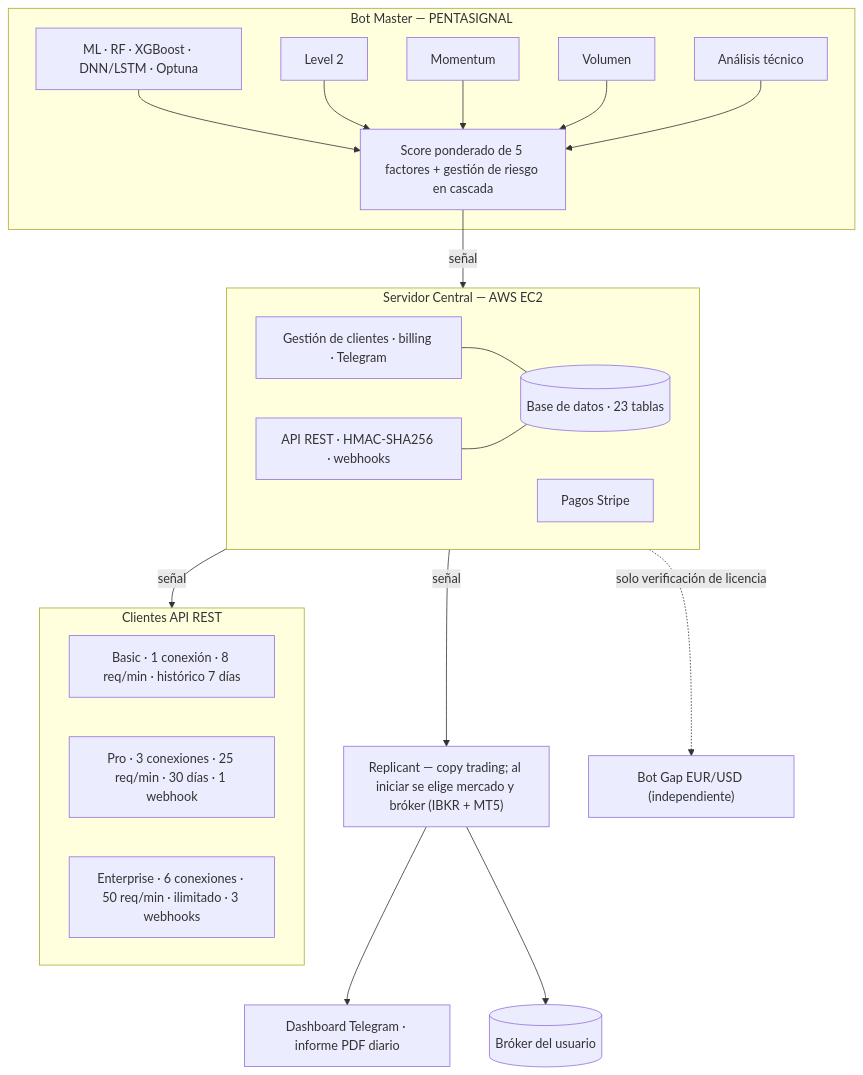
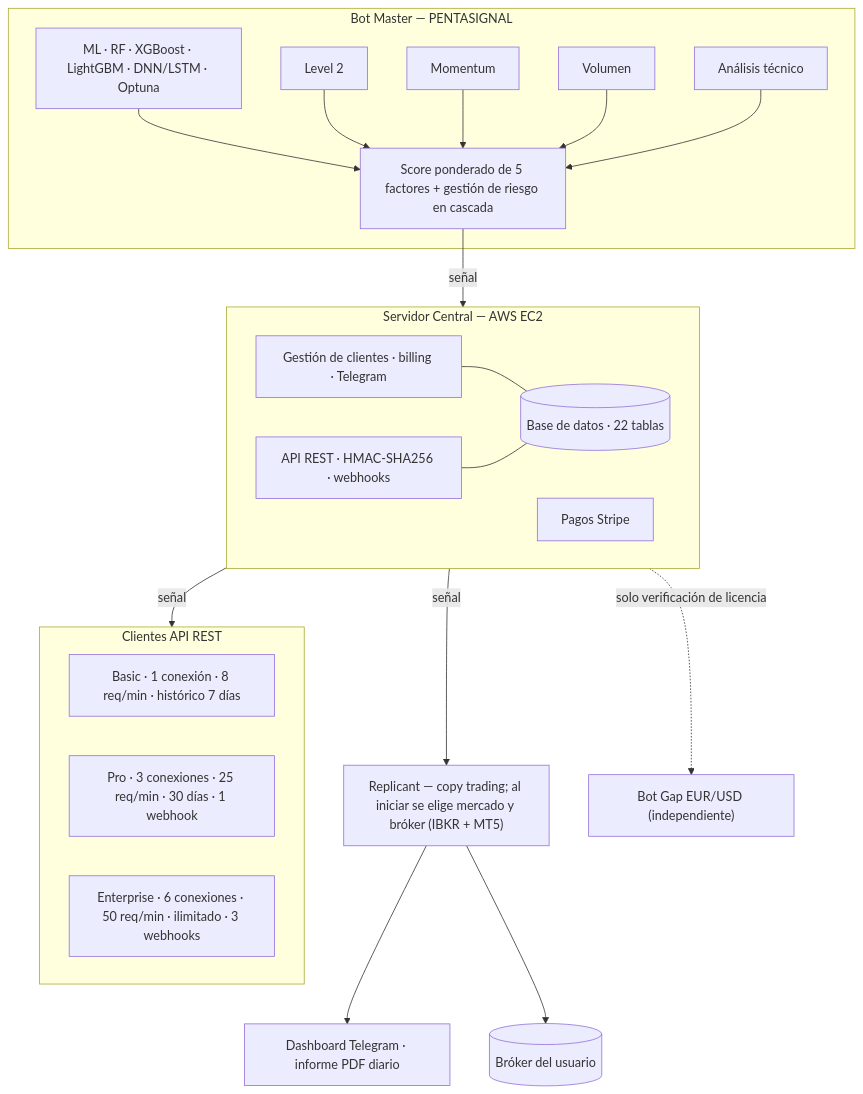
The diagram in README.md (KingKlon/bender-showcase), drawn with Mermaid before and after one commit. The commit also changed other lines of this file, not shown here.

````diff
--- a/README.md
+++ b/README.md
@@ -34,39 +34,39 @@
 ```mermaid
 flowchart TD
     subgraph MASTER["Bot Master — PENTASIGNAL"]
-        F1["ML · RF · XGBoost · DNN/LSTM · Optuna"]
+        F1["ML · RF · XGBoost · LightGBM · DNN/LSTM · Optuna"]
         F2["Level 2"]
         F3["Momentum"]
         F4["Volumen"]
         F5["Análisis técnico"]
         SCORE["Score ponderado de 5 factores + gestión de riesgo en cascada"]
         F1 --> SCORE
         F2 --> SCORE
         F3 --> SCORE
         F4 --> SCORE
         F5 --> SCORE
     end
 
     SCORE -->|señal| AWS
 
     subgraph AWS["Servidor Central — AWS EC2"]
         APP["Gestión de clientes · billing · Telegram"]
         API["API REST · HMAC-SHA256 · webhooks"]
-        DB[("Base de datos · 23 tablas")]
+        DB[("Base de datos · 22 tablas")]
         STRIPE["Pagos Stripe"]
         APP --- DB
         API --- DB
     end
 
     AWS -->|señal| REP["Replicant — copy trading; al iniciar se elige mercado y bróker (IBKR + MT5)"]
     REP --> TG["Dashboard Telegram · informe PDF diario"]
     REP --> BRK[("Bróker del usuario")]
     AWS -.->|solo verificación de licencia| GAP["Bot Gap EUR/USD (independiente)"]
 
     AWS -->|señal| APICLI
     subgraph APICLI["Clientes API REST"]
         API_B["Basic · 1 conexión · 8 req/min · histórico 7 días"]
         API_P["Pro · 3 conexiones · 25 req/min · 30 días · 1 webhook"]
         API_E["Enterprise · 6 conexiones · 50 req/min · ilimitado · 3 webhooks"]
     end
 ```
````
